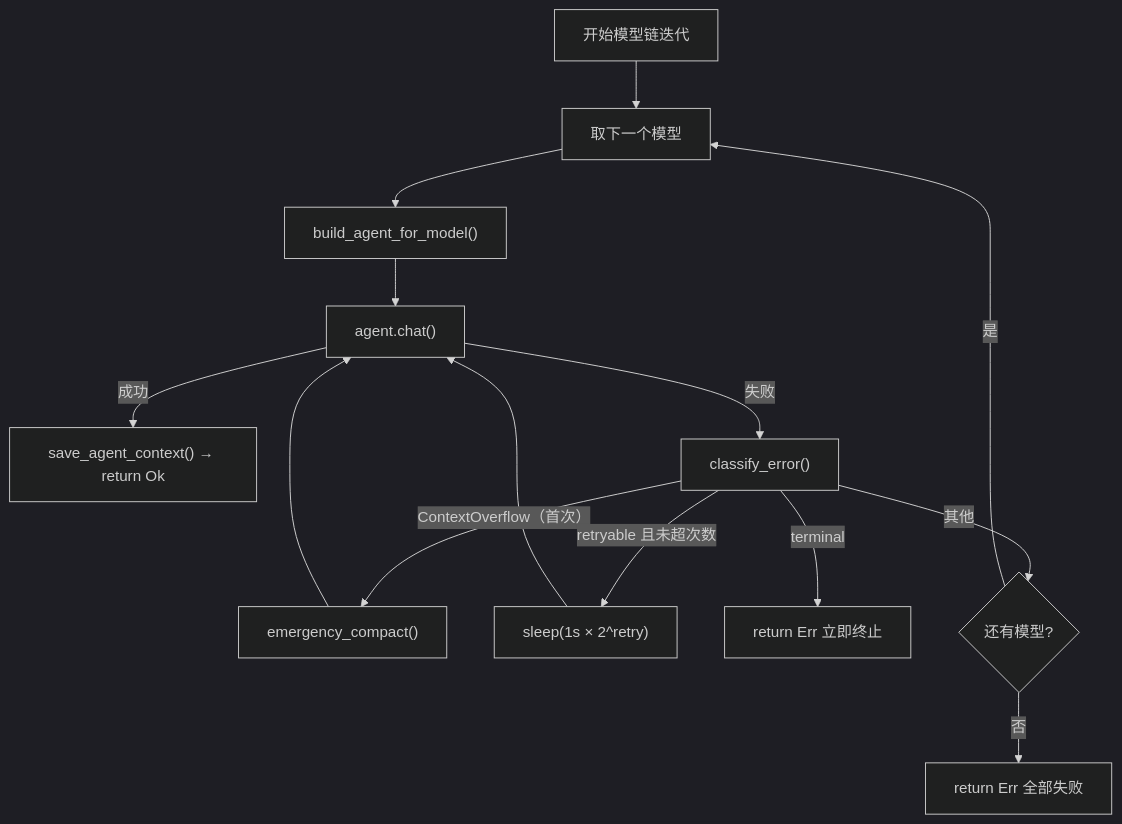
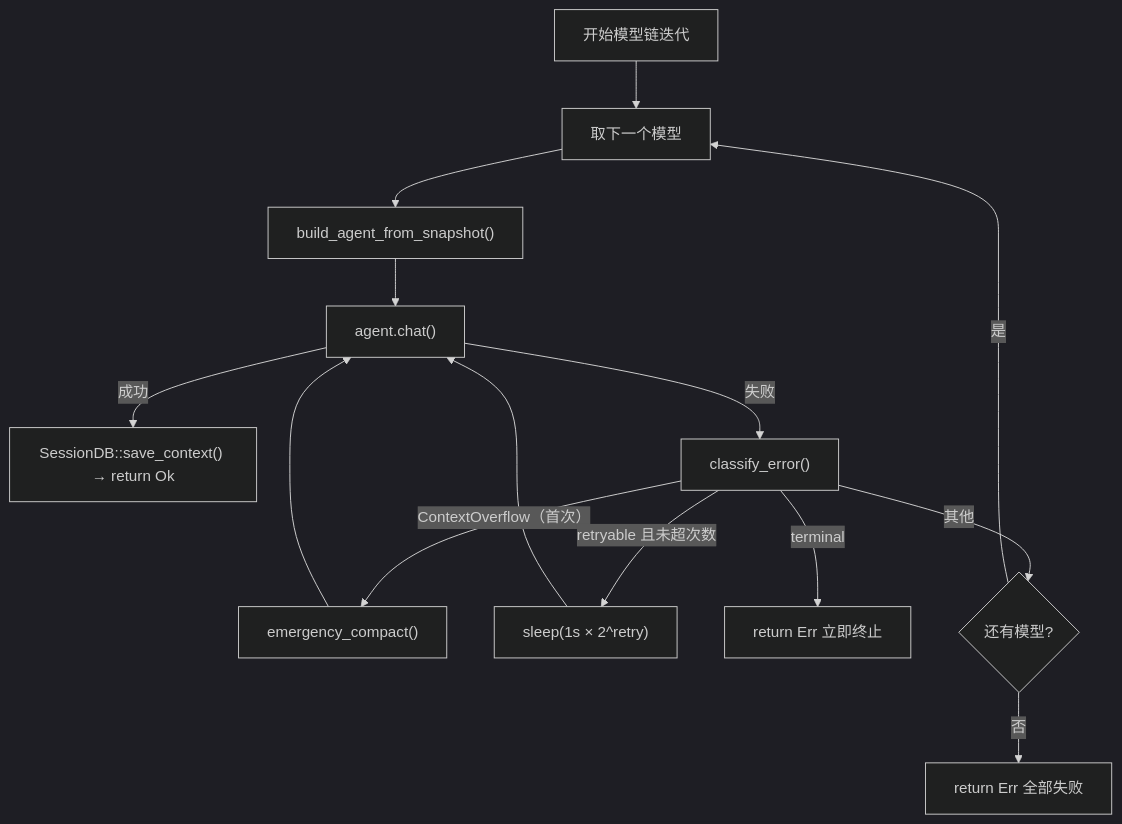
One commit to shiwenwen/hope-agent changed diagram 11 of 16 in docs/architecture/provider-system.md. Above: the diagram before and after it, drawn with Mermaid (dark theme). The commit also changed other lines of this file and 2 other files, not shown here.

````diff
--- a/docs/architecture/provider-system.md
+++ b/docs/architecture/provider-system.md
@@ -587,17 +586,17 @@
 ```mermaid
 flowchart TD
   START["开始模型链迭代"] --> MODEL["取下一个模型"]
-  MODEL --> BUILD["build_agent_for_model()"]
+  MODEL --> BUILD["build_agent_from_snapshot()"]
   BUILD --> CHAT["agent.chat()"]
 
-  CHAT -->|成功| SAVE["save_agent_context() → return Ok"]
+  CHAT -->|成功| SAVE["SessionDB::save_context() → return Ok"]
   CHAT -->|失败| CLASSIFY["classify_error()"]
 
   CLASSIFY -->|"ContextOverflow（首次）"| COMPACT["emergency_compact()"] --> CHAT
   CLASSIFY -->|"retryable 且未超次数"| BACKOFF["sleep(1s × 2^retry)"] --> CHAT
   CLASSIFY -->|"terminal"| ABORT["return Err 立即终止"]
   CLASSIFY -->|"其他"| NEXT{"还有模型?"}
 
   NEXT -->|是| MODEL
   NEXT -->|否| FAIL["return Err 全部失败"]
 ```
````
